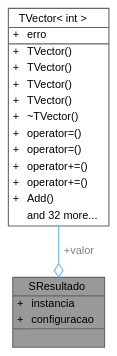
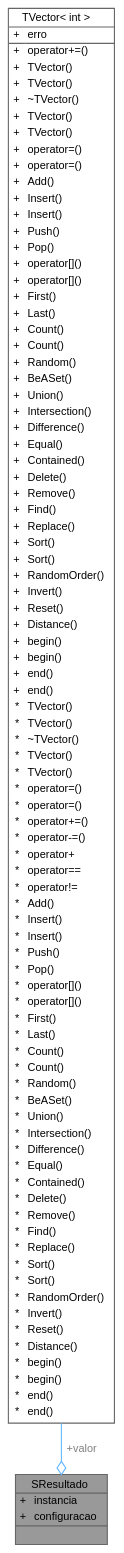
The diagram in structSResultado__coll__graph.dot (jcoelho72/TProcura), drawn with Graphviz before and after one commit. The commit also changed 310 other files, not shown here.

```diff
--- a/structSResultado__coll__graph.dot
+++ b/structSResultado__coll__graph.dot
@@ -17,17 +17,90 @@
 <HR/>
 <TR><TD VALIGN="top" CELLPADDING="1" CELLSPACING="0">+</TD><TD VALIGN="top" ALIGN="LEFT" CELLPADDING="1" CELLSPACING="0">erro<BR ALIGN="LEFT"/></TD></TR>
 <HR/>
-<TR><TD VALIGN="top" CELLPADDING="1" CELLSPACING="0">+</TD><TD VALIGN="top" ALIGN="LEFT" CELLPADDING="1" CELLSPACING="0">TVector()<BR ALIGN="LEFT"/></TD></TR>
-<TR><TD VALIGN="top" CELLPADDING="1" CELLSPACING="0">+</TD><TD VALIGN="top" ALIGN="LEFT" CELLPADDING="1" CELLSPACING="0">TVector()<BR ALIGN="LEFT"/></TD></TR>
+<TR><TD VALIGN="top" CELLPADDING="1" CELLSPACING="0">+</TD><TD VALIGN="top" ALIGN="LEFT" CELLPADDING="1" CELLSPACING="0">operator+=()<BR ALIGN="LEFT"/></TD></TR>
 <TR><TD VALIGN="top" CELLPADDING="1" CELLSPACING="0">+</TD><TD VALIGN="top" ALIGN="LEFT" CELLPADDING="1" CELLSPACING="0">TVector()<BR ALIGN="LEFT"/></TD></TR>
 <TR><TD VALIGN="top" CELLPADDING="1" CELLSPACING="0">+</TD><TD VALIGN="top" ALIGN="LEFT" CELLPADDING="1" CELLSPACING="0">TVector()<BR ALIGN="LEFT"/></TD></TR>
 <TR><TD VALIGN="top" CELLPADDING="1" CELLSPACING="0">+</TD><TD VALIGN="top" ALIGN="LEFT" CELLPADDING="1" CELLSPACING="0">~TVector()<BR ALIGN="LEFT"/></TD></TR>
+<TR><TD VALIGN="top" CELLPADDING="1" CELLSPACING="0">+</TD><TD VALIGN="top" ALIGN="LEFT" CELLPADDING="1" CELLSPACING="0">TVector()<BR ALIGN="LEFT"/></TD></TR>
+<TR><TD VALIGN="top" CELLPADDING="1" CELLSPACING="0">+</TD><TD VALIGN="top" ALIGN="LEFT" CELLPADDING="1" CELLSPACING="0">TVector()<BR ALIGN="LEFT"/></TD></TR>
 <TR><TD VALIGN="top" CELLPADDING="1" CELLSPACING="0">+</TD><TD VALIGN="top" ALIGN="LEFT" CELLPADDING="1" CELLSPACING="0">operator=()<BR ALIGN="LEFT"/></TD></TR>
 <TR><TD VALIGN="top" CELLPADDING="1" CELLSPACING="0">+</TD><TD VALIGN="top" ALIGN="LEFT" CELLPADDING="1" CELLSPACING="0">operator=()<BR ALIGN="LEFT"/></TD></TR>
-<TR><TD VALIGN="top" CELLPADDING="1" CELLSPACING="0">+</TD><TD VALIGN="top" ALIGN="LEFT" CELLPADDING="1" CELLSPACING="0">operator+=()<BR ALIGN="LEFT"/></TD></TR>
-<TR><TD VALIGN="top" CELLPADDING="1" CELLSPACING="0">+</TD><TD VALIGN="top" ALIGN="LEFT" CELLPADDING="1" CELLSPACING="0">operator+=()<BR ALIGN="LEFT"/></TD></TR>
 <TR><TD VALIGN="top" CELLPADDING="1" CELLSPACING="0">+</TD><TD VALIGN="top" ALIGN="LEFT" CELLPADDING="1" CELLSPACING="0">Add()<BR ALIGN="LEFT"/></TD></TR>
-<TR><TD VALIGN="top" CELLPADDING="1" CELLSPACING="0"></TD><TD VALIGN="top" ALIGN="LEFT" CELLPADDING="1" CELLSPACING="0">and 32 more...</TD></TR>
+<TR><TD VALIGN="top" CELLPADDING="1" CELLSPACING="0">+</TD><TD VALIGN="top" ALIGN="LEFT" CELLPADDING="1" CELLSPACING="0">Insert()<BR ALIGN="LEFT"/></TD></TR>
+<TR><TD VALIGN="top" CELLPADDING="1" CELLSPACING="0">+</TD><TD VALIGN="top" ALIGN="LEFT" CELLPADDING="1" CELLSPACING="0">Insert()<BR ALIGN="LEFT"/></TD></TR>
+<TR><TD VALIGN="top" CELLPADDING="1" CELLSPACING="0">+</TD><TD VALIGN="top" ALIGN="LEFT" CELLPADDING="1" CELLSPACING="0">Push()<BR ALIGN="LEFT"/></TD></TR>
+<TR><TD VALIGN="top" CELLPADDING="1" CELLSPACING="0">+</TD><TD VALIGN="top" ALIGN="LEFT" CELLPADDING="1" CELLSPACING="0">Pop()<BR ALIGN="LEFT"/></TD></TR>
+<TR><TD VALIGN="top" CELLPADDING="1" CELLSPACING="0">+</TD><TD VALIGN="top" ALIGN="LEFT" CELLPADDING="1" CELLSPACING="0">operator[]()<BR ALIGN="LEFT"/></TD></TR>
+<TR><TD VALIGN="top" CELLPADDING="1" CELLSPACING="0">+</TD><TD VALIGN="top" ALIGN="LEFT" CELLPADDING="1" CELLSPACING="0">operator[]()<BR ALIGN="LEFT"/></TD></TR>
+<TR><TD VALIGN="top" CELLPADDING="1" CELLSPACING="0">+</TD><TD VALIGN="top" ALIGN="LEFT" CELLPADDING="1" CELLSPACING="0">First()<BR ALIGN="LEFT"/></TD></TR>
+<TR><TD VALIGN="top" CELLPADDING="1" CELLSPACING="0">+</TD><TD VALIGN="top" ALIGN="LEFT" CELLPADDING="1" CELLSPACING="0">Last()<BR ALIGN="LEFT"/></TD></TR>
+<TR><TD VALIGN="top" CELLPADDING="1" CELLSPACING="0">+</TD><TD VALIGN="top" ALIGN="LEFT" CELLPADDING="1" CELLSPACING="0">Count()<BR ALIGN="LEFT"/></TD></TR>
+<TR><TD VALIGN="top" CELLPADDING="1" CELLSPACING="0">+</TD><TD VALIGN="top" ALIGN="LEFT" CELLPADDING="1" CELLSPACING="0">Count()<BR ALIGN="LEFT"/></TD></TR>
+<TR><TD VALIGN="top" CELLPADDING="1" CELLSPACING="0">+</TD><TD VALIGN="top" ALIGN="LEFT" CELLPADDING="1" CELLSPACING="0">Random()<BR ALIGN="LEFT"/></TD></TR>
+<TR><TD VALIGN="top" CELLPADDING="1" CELLSPACING="0">+</TD><TD VALIGN="top" ALIGN="LEFT" CELLPADDING="1" CELLSPACING="0">BeASet()<BR ALIGN="LEFT"/></TD></TR>
+<TR><TD VALIGN="top" CELLPADDING="1" CELLSPACING="0">+</TD><TD VALIGN="top" ALIGN="LEFT" CELLPADDING="1" CELLSPACING="0">Union()<BR ALIGN="LEFT"/></TD></TR>
+<TR><TD VALIGN="top" CELLPADDING="1" CELLSPACING="0">+</TD><TD VALIGN="top" ALIGN="LEFT" CELLPADDING="1" CELLSPACING="0">Intersection()<BR ALIGN="LEFT"/></TD></TR>
+<TR><TD VALIGN="top" CELLPADDING="1" CELLSPACING="0">+</TD><TD VALIGN="top" ALIGN="LEFT" CELLPADDING="1" CELLSPACING="0">Difference()<BR ALIGN="LEFT"/></TD></TR>
+<TR><TD VALIGN="top" CELLPADDING="1" CELLSPACING="0">+</TD><TD VALIGN="top" ALIGN="LEFT" CELLPADDING="1" CELLSPACING="0">Equal()<BR ALIGN="LEFT"/></TD></TR>
+<TR><TD VALIGN="top" CELLPADDING="1" CELLSPACING="0">+</TD><TD VALIGN="top" ALIGN="LEFT" CELLPADDING="1" CELLSPACING="0">Contained()<BR ALIGN="LEFT"/></TD></TR>
+<TR><TD VALIGN="top" CELLPADDING="1" CELLSPACING="0">+</TD><TD VALIGN="top" ALIGN="LEFT" CELLPADDING="1" CELLSPACING="0">Delete()<BR ALIGN="LEFT"/></TD></TR>
+<TR><TD VALIGN="top" CELLPADDING="1" CELLSPACING="0">+</TD><TD VALIGN="top" ALIGN="LEFT" CELLPADDING="1" CELLSPACING="0">Remove()<BR ALIGN="LEFT"/></TD></TR>
+<TR><TD VALIGN="top" CELLPADDING="1" CELLSPACING="0">+</TD><TD VALIGN="top" ALIGN="LEFT" CELLPADDING="1" CELLSPACING="0">Find()<BR ALIGN="LEFT"/></TD></TR>
+<TR><TD VALIGN="top" CELLPADDING="1" CELLSPACING="0">+</TD><TD VALIGN="top" ALIGN="LEFT" CELLPADDING="1" CELLSPACING="0">Replace()<BR ALIGN="LEFT"/></TD></TR>
+<TR><TD VALIGN="top" CELLPADDING="1" CELLSPACING="0">+</TD><TD VALIGN="top" ALIGN="LEFT" CELLPADDING="1" CELLSPACING="0">Sort()<BR ALIGN="LEFT"/></TD></TR>
+<TR><TD VALIGN="top" CELLPADDING="1" CELLSPACING="0">+</TD><TD VALIGN="top" ALIGN="LEFT" CELLPADDING="1" CELLSPACING="0">Sort()<BR ALIGN="LEFT"/></TD></TR>
+<TR><TD VALIGN="top" CELLPADDING="1" CELLSPACING="0">+</TD><TD VALIGN="top" ALIGN="LEFT" CELLPADDING="1" CELLSPACING="0">RandomOrder()<BR ALIGN="LEFT"/></TD></TR>
+<TR><TD VALIGN="top" CELLPADDING="1" CELLSPACING="0">+</TD><TD VALIGN="top" ALIGN="LEFT" CELLPADDING="1" CELLSPACING="0">Invert()<BR ALIGN="LEFT"/></TD></TR>
+<TR><TD VALIGN="top" CELLPADDING="1" CELLSPACING="0">+</TD><TD VALIGN="top" ALIGN="LEFT" CELLPADDING="1" CELLSPACING="0">Reset()<BR ALIGN="LEFT"/></TD></TR>
+<TR><TD VALIGN="top" CELLPADDING="1" CELLSPACING="0">+</TD><TD VALIGN="top" ALIGN="LEFT" CELLPADDING="1" CELLSPACING="0">Distance()<BR ALIGN="LEFT"/></TD></TR>
+<TR><TD VALIGN="top" CELLPADDING="1" CELLSPACING="0">+</TD><TD VALIGN="top" ALIGN="LEFT" CELLPADDING="1" CELLSPACING="0">begin()<BR ALIGN="LEFT"/></TD></TR>
+<TR><TD VALIGN="top" CELLPADDING="1" CELLSPACING="0">+</TD><TD VALIGN="top" ALIGN="LEFT" CELLPADDING="1" CELLSPACING="0">begin()<BR ALIGN="LEFT"/></TD></TR>
+<TR><TD VALIGN="top" CELLPADDING="1" CELLSPACING="0">+</TD><TD VALIGN="top" ALIGN="LEFT" CELLPADDING="1" CELLSPACING="0">end()<BR ALIGN="LEFT"/></TD></TR>
+<TR><TD VALIGN="top" CELLPADDING="1" CELLSPACING="0">+</TD><TD VALIGN="top" ALIGN="LEFT" CELLPADDING="1" CELLSPACING="0">end()<BR ALIGN="LEFT"/></TD></TR>
+<TR><TD VALIGN="top" CELLPADDING="1" CELLSPACING="0">*</TD><TD VALIGN="top" ALIGN="LEFT" CELLPADDING="1" CELLSPACING="0">TVector()<BR ALIGN="LEFT"/></TD></TR>
+<TR><TD VALIGN="top" CELLPADDING="1" CELLSPACING="0">*</TD><TD VALIGN="top" ALIGN="LEFT" CELLPADDING="1" CELLSPACING="0">TVector()<BR ALIGN="LEFT"/></TD></TR>
+<TR><TD VALIGN="top" CELLPADDING="1" CELLSPACING="0">*</TD><TD VALIGN="top" ALIGN="LEFT" CELLPADDING="1" CELLSPACING="0">~TVector()<BR ALIGN="LEFT"/></TD></TR>
+<TR><TD VALIGN="top" CELLPADDING="1" CELLSPACING="0">*</TD><TD VALIGN="top" ALIGN="LEFT" CELLPADDING="1" CELLSPACING="0">TVector()<BR ALIGN="LEFT"/></TD></TR>
+<TR><TD VALIGN="top" CELLPADDING="1" CELLSPACING="0">*</TD><TD VALIGN="top" ALIGN="LEFT" CELLPADDING="1" CELLSPACING="0">TVector()<BR ALIGN="LEFT"/></TD></TR>
+<TR><TD VALIGN="top" CELLPADDING="1" CELLSPACING="0">*</TD><TD VALIGN="top" ALIGN="LEFT" CELLPADDING="1" CELLSPACING="0">operator=()<BR ALIGN="LEFT"/></TD></TR>
+<TR><TD VALIGN="top" CELLPADDING="1" CELLSPACING="0">*</TD><TD VALIGN="top" ALIGN="LEFT" CELLPADDING="1" CELLSPACING="0">operator=()<BR ALIGN="LEFT"/></TD></TR>
+<TR><TD VALIGN="top" CELLPADDING="1" CELLSPACING="0">*</TD><TD VALIGN="top" ALIGN="LEFT" CELLPADDING="1" CELLSPACING="0">operator+=()<BR ALIGN="LEFT"/></TD></TR>
+<TR><TD VALIGN="top" CELLPADDING="1" CELLSPACING="0">*</TD><TD VALIGN="top" ALIGN="LEFT" CELLPADDING="1" CELLSPACING="0">operator-=()<BR ALIGN="LEFT"/></TD></TR>
+<TR><TD VALIGN="top" CELLPADDING="1" CELLSPACING="0">*</TD><TD VALIGN="top" ALIGN="LEFT" CELLPADDING="1" CELLSPACING="0">operator+<BR ALIGN="LEFT"/></TD></TR>
+<TR><TD VALIGN="top" CELLPADDING="1" CELLSPACING="0">*</TD><TD VALIGN="top" ALIGN="LEFT" CELLPADDING="1" CELLSPACING="0">operator==<BR ALIGN="LEFT"/></TD></TR>
+<TR><TD VALIGN="top" CELLPADDING="1" CELLSPACING="0">*</TD><TD VALIGN="top" ALIGN="LEFT" CELLPADDING="1" CELLSPACING="0">operator!=<BR ALIGN="LEFT"/></TD></TR>
+<TR><TD VALIGN="top" CELLPADDING="1" CELLSPACING="0">*</TD><TD VALIGN="top" ALIGN="LEFT" CELLPADDING="1" CELLSPACING="0">Add()<BR ALIGN="LEFT"/></TD></TR>
+<TR><TD VALIGN="top" CELLPADDING="1" CELLSPACING="0">*</TD><TD VALIGN="top" ALIGN="LEFT" CELLPADDING="1" CELLSPACING="0">Insert()<BR ALIGN="LEFT"/></TD></TR>
+<TR><TD VALIGN="top" CELLPADDING="1" CELLSPACING="0">*</TD><TD VALIGN="top" ALIGN="LEFT" CELLPADDING="1" CELLSPACING="0">Insert()<BR ALIGN="LEFT"/></TD></TR>
+<TR><TD VALIGN="top" CELLPADDING="1" CELLSPACING="0">*</TD><TD VALIGN="top" ALIGN="LEFT" CELLPADDING="1" CELLSPACING="0">Push()<BR ALIGN="LEFT"/></TD></TR>
+<TR><TD VALIGN="top" CELLPADDING="1" CELLSPACING="0">*</TD><TD VALIGN="top" ALIGN="LEFT" CELLPADDING="1" CELLSPACING="0">Pop()<BR ALIGN="LEFT"/></TD></TR>
+<TR><TD VALIGN="top" CELLPADDING="1" CELLSPACING="0">*</TD><TD VALIGN="top" ALIGN="LEFT" CELLPADDING="1" CELLSPACING="0">operator[]()<BR ALIGN="LEFT"/></TD></TR>
+<TR><TD VALIGN="top" CELLPADDING="1" CELLSPACING="0">*</TD><TD VALIGN="top" ALIGN="LEFT" CELLPADDING="1" CELLSPACING="0">operator[]()<BR ALIGN="LEFT"/></TD></TR>
+<TR><TD VALIGN="top" CELLPADDING="1" CELLSPACING="0">*</TD><TD VALIGN="top" ALIGN="LEFT" CELLPADDING="1" CELLSPACING="0">First()<BR ALIGN="LEFT"/></TD></TR>
+<TR><TD VALIGN="top" CELLPADDING="1" CELLSPACING="0">*</TD><TD VALIGN="top" ALIGN="LEFT" CELLPADDING="1" CELLSPACING="0">Last()<BR ALIGN="LEFT"/></TD></TR>
+<TR><TD VALIGN="top" CELLPADDING="1" CELLSPACING="0">*</TD><TD VALIGN="top" ALIGN="LEFT" CELLPADDING="1" CELLSPACING="0">Count()<BR ALIGN="LEFT"/></TD></TR>
+<TR><TD VALIGN="top" CELLPADDING="1" CELLSPACING="0">*</TD><TD VALIGN="top" ALIGN="LEFT" CELLPADDING="1" CELLSPACING="0">Count()<BR ALIGN="LEFT"/></TD></TR>
+<TR><TD VALIGN="top" CELLPADDING="1" CELLSPACING="0">*</TD><TD VALIGN="top" ALIGN="LEFT" CELLPADDING="1" CELLSPACING="0">Random()<BR ALIGN="LEFT"/></TD></TR>
+<TR><TD VALIGN="top" CELLPADDING="1" CELLSPACING="0">*</TD><TD VALIGN="top" ALIGN="LEFT" CELLPADDING="1" CELLSPACING="0">BeASet()<BR ALIGN="LEFT"/></TD></TR>
+<TR><TD VALIGN="top" CELLPADDING="1" CELLSPACING="0">*</TD><TD VALIGN="top" ALIGN="LEFT" CELLPADDING="1" CELLSPACING="0">Union()<BR ALIGN="LEFT"/></TD></TR>
+<TR><TD VALIGN="top" CELLPADDING="1" CELLSPACING="0">*</TD><TD VALIGN="top" ALIGN="LEFT" CELLPADDING="1" CELLSPACING="0">Intersection()<BR ALIGN="LEFT"/></TD></TR>
+<TR><TD VALIGN="top" CELLPADDING="1" CELLSPACING="0">*</TD><TD VALIGN="top" ALIGN="LEFT" CELLPADDING="1" CELLSPACING="0">Difference()<BR ALIGN="LEFT"/></TD></TR>
+<TR><TD VALIGN="top" CELLPADDING="1" CELLSPACING="0">*</TD><TD VALIGN="top" ALIGN="LEFT" CELLPADDING="1" CELLSPACING="0">Equal()<BR ALIGN="LEFT"/></TD></TR>
+<TR><TD VALIGN="top" CELLPADDING="1" CELLSPACING="0">*</TD><TD VALIGN="top" ALIGN="LEFT" CELLPADDING="1" CELLSPACING="0">Contained()<BR ALIGN="LEFT"/></TD></TR>
+<TR><TD VALIGN="top" CELLPADDING="1" CELLSPACING="0">*</TD><TD VALIGN="top" ALIGN="LEFT" CELLPADDING="1" CELLSPACING="0">Delete()<BR ALIGN="LEFT"/></TD></TR>
+<TR><TD VALIGN="top" CELLPADDING="1" CELLSPACING="0">*</TD><TD VALIGN="top" ALIGN="LEFT" CELLPADDING="1" CELLSPACING="0">Remove()<BR ALIGN="LEFT"/></TD></TR>
+<TR><TD VALIGN="top" CELLPADDING="1" CELLSPACING="0">*</TD><TD VALIGN="top" ALIGN="LEFT" CELLPADDING="1" CELLSPACING="0">Find()<BR ALIGN="LEFT"/></TD></TR>
+<TR><TD VALIGN="top" CELLPADDING="1" CELLSPACING="0">*</TD><TD VALIGN="top" ALIGN="LEFT" CELLPADDING="1" CELLSPACING="0">Replace()<BR ALIGN="LEFT"/></TD></TR>
+<TR><TD VALIGN="top" CELLPADDING="1" CELLSPACING="0">*</TD><TD VALIGN="top" ALIGN="LEFT" CELLPADDING="1" CELLSPACING="0">Sort()<BR ALIGN="LEFT"/></TD></TR>
+<TR><TD VALIGN="top" CELLPADDING="1" CELLSPACING="0">*</TD><TD VALIGN="top" ALIGN="LEFT" CELLPADDING="1" CELLSPACING="0">Sort()<BR ALIGN="LEFT"/></TD></TR>
+<TR><TD VALIGN="top" CELLPADDING="1" CELLSPACING="0">*</TD><TD VALIGN="top" ALIGN="LEFT" CELLPADDING="1" CELLSPACING="0">RandomOrder()<BR ALIGN="LEFT"/></TD></TR>
+<TR><TD VALIGN="top" CELLPADDING="1" CELLSPACING="0">*</TD><TD VALIGN="top" ALIGN="LEFT" CELLPADDING="1" CELLSPACING="0">Invert()<BR ALIGN="LEFT"/></TD></TR>
+<TR><TD VALIGN="top" CELLPADDING="1" CELLSPACING="0">*</TD><TD VALIGN="top" ALIGN="LEFT" CELLPADDING="1" CELLSPACING="0">Reset()<BR ALIGN="LEFT"/></TD></TR>
+<TR><TD VALIGN="top" CELLPADDING="1" CELLSPACING="0">*</TD><TD VALIGN="top" ALIGN="LEFT" CELLPADDING="1" CELLSPACING="0">Distance()<BR ALIGN="LEFT"/></TD></TR>
+<TR><TD VALIGN="top" CELLPADDING="1" CELLSPACING="0">*</TD><TD VALIGN="top" ALIGN="LEFT" CELLPADDING="1" CELLSPACING="0">begin()<BR ALIGN="LEFT"/></TD></TR>
+<TR><TD VALIGN="top" CELLPADDING="1" CELLSPACING="0">*</TD><TD VALIGN="top" ALIGN="LEFT" CELLPADDING="1" CELLSPACING="0">begin()<BR ALIGN="LEFT"/></TD></TR>
+<TR><TD VALIGN="top" CELLPADDING="1" CELLSPACING="0">*</TD><TD VALIGN="top" ALIGN="LEFT" CELLPADDING="1" CELLSPACING="0">end()<BR ALIGN="LEFT"/></TD></TR>
+<TR><TD VALIGN="top" CELLPADDING="1" CELLSPACING="0">*</TD><TD VALIGN="top" ALIGN="LEFT" CELLPADDING="1" CELLSPACING="0">end()<BR ALIGN="LEFT"/></TD></TR>
 </TABLE>>
 ,height=0.2,width=0.4,color="gray40", fillcolor="white", style="filled",URL="$classTVector.html",tooltip=" "];
 }
```
